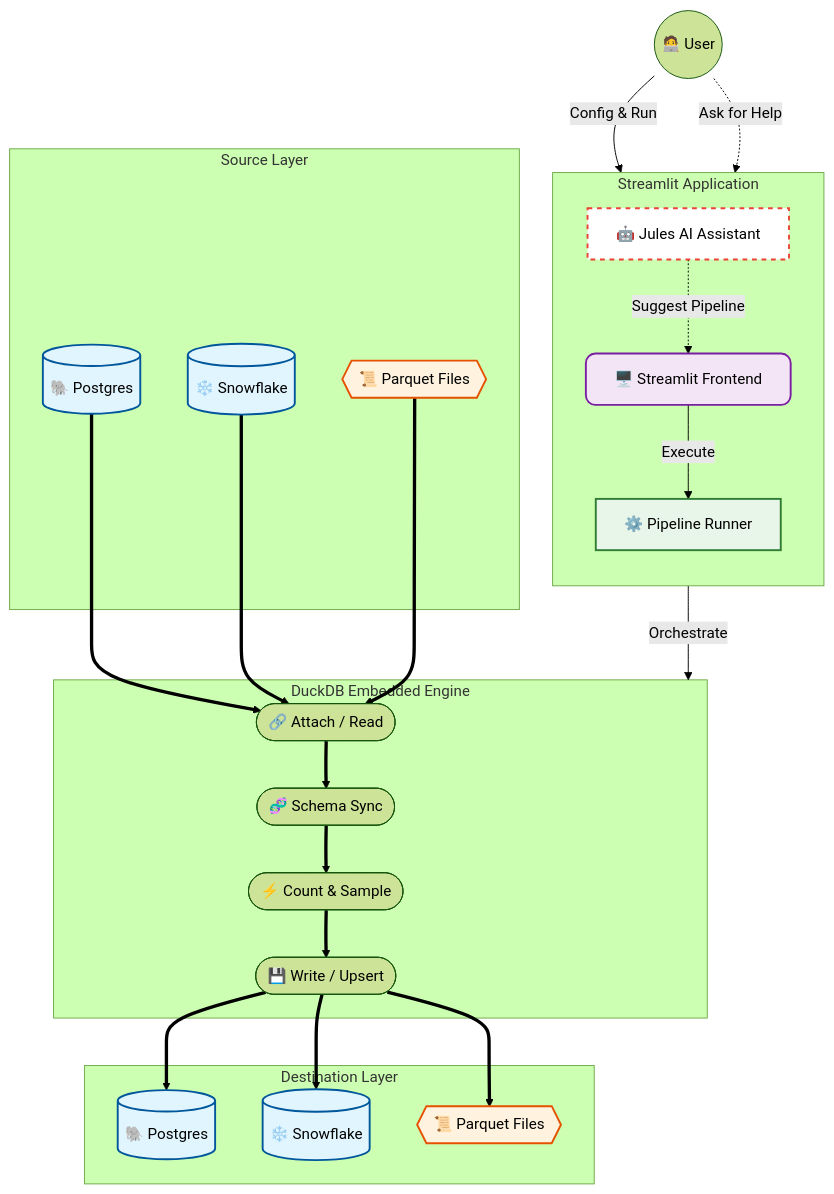
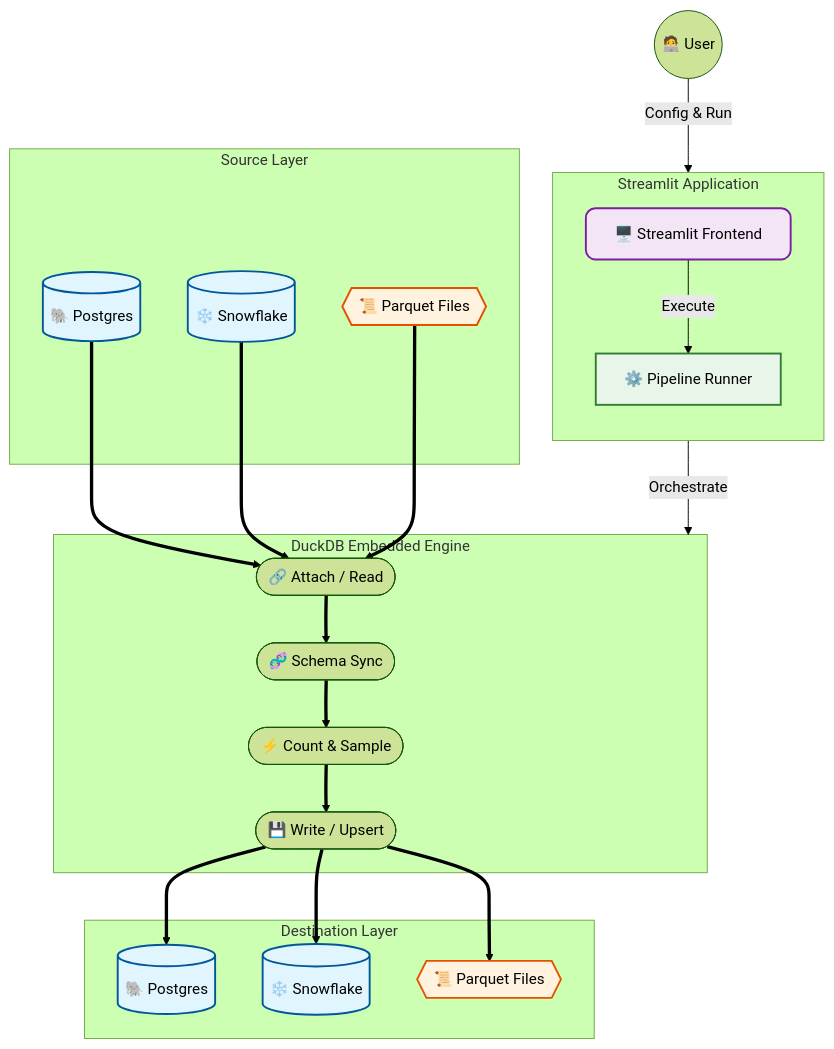
One commit to MrBisonte/quacknettor changed the diagram in README.md. Above: the diagram before and after it, drawn with Mermaid (forest theme). The commit also changed other lines of this file and 37 other files, not shown here.

````diff
--- a/README.md
+++ b/README.md
@@ -12,51 +28,44 @@
 ```mermaid
 flowchart TD
-    %% Use classes to style nodes
     classDef db fill:#e1f5fe,stroke:#01579b,stroke-width:2px;
     classDef file fill:#fff3e0,stroke:#e65100,stroke-width:2px;
     classDef core fill:#e8f5e9,stroke:#2e7d32,stroke-width:2px;
     classDef ui fill:#f3e5f5,stroke:#7b1fa2,stroke-width:2px,rx:10,ry:10;
-    classDef ai fill:#fff,stroke:#ea4335,stroke-width:2px,stroke-dasharray: 5 5;
 
     User((🧑‍💻 User))
 
     subgraph App_Layer [Streamlit Application]
         direction TB
         UI[🖥️ Streamlit Frontend]:::ui
-        Jules[🤖 Jules AI Assistant]:::ai
         Runner[⚙️ Pipeline Runner]:::core
     end
 
     subgraph Data_Sources [Source Layer]
         PG_Src[(🐘 Postgres)]:::db
         SF_Src[(❄️ Snowflake)]:::db
         PQ_Src{{📜 Parquet Files}}:::file
     end
 
     subgraph DuckDB_Engine [DuckDB Embedded Engine]
         Attach([🔗 Attach / Read])
         Schema([🧬 Schema Sync])
         Compute([⚡ Count & Sample])
         Write([💾 Write / Upsert])
     end
 
     subgraph Targets [Destination Layer]
         PG_Out[(🐘 Postgres)]:::db
         SF_Out[(❄️ Snowflake)]:::db
         PQ_Out{{📜 Parquet Files}}:::file
     end
 
-    %% Interactions
     User -->|Config & Run| UI
-    User -.->|Ask for Help| Jules
-    Jules -.->|Suggest Pipeline| UI
     UI -->|Execute| Runner
     Runner -->|Orchestrate| DuckDB_Engine
 
-    %% Data Flow
     PG_Src & SF_Src & PQ_Src ==> Attach
     Attach ==> Schema
     Schema ==> Compute
     Compute ==> Write
     Write ==> PG_Out & SF_Out & PQ_Out
 ```
````
